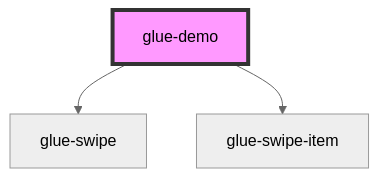
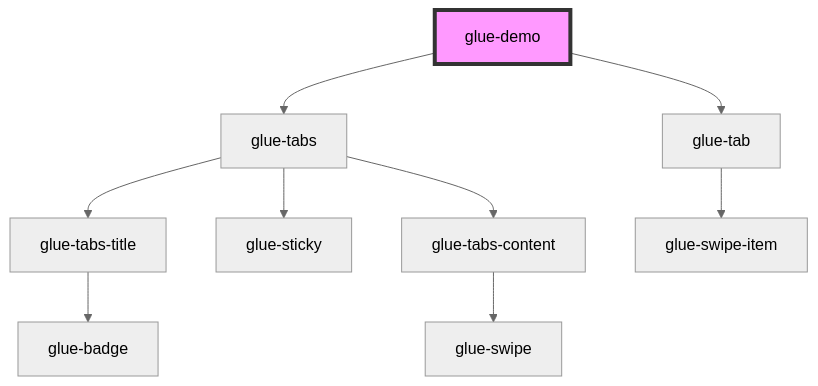
One commit to grasilife/glue changed the diagram in packages/glue-components/src/components/glue-demo/readme.md. Above: the diagram before and after it, drawn with Mermaid (neutral theme). The commit also changed other lines of this file and 29 other files, not shown here.

Commit message:
完善Icon 图标文档

````diff
--- a/packages/glue-components/src/components/glue-demo/readme.md
+++ b/packages/glue-components/src/components/glue-demo/readme.md
@@ -16,6 +16,12 @@
 ```mermaid
 graph TD;
-  glue-demo --> glue-swipe
-  glue-demo --> glue-swipe-item
+  glue-demo --> glue-tabs
+  glue-demo --> glue-tab
+  glue-tabs --> glue-tabs-title
+  glue-tabs --> glue-sticky
+  glue-tabs --> glue-tabs-content
+  glue-tabs-title --> glue-badge
+  glue-tabs-content --> glue-swipe
+  glue-tab --> glue-swipe-item
   style glue-demo fill:#f9f,stroke:#333,stroke-width:4px
 ```
````
